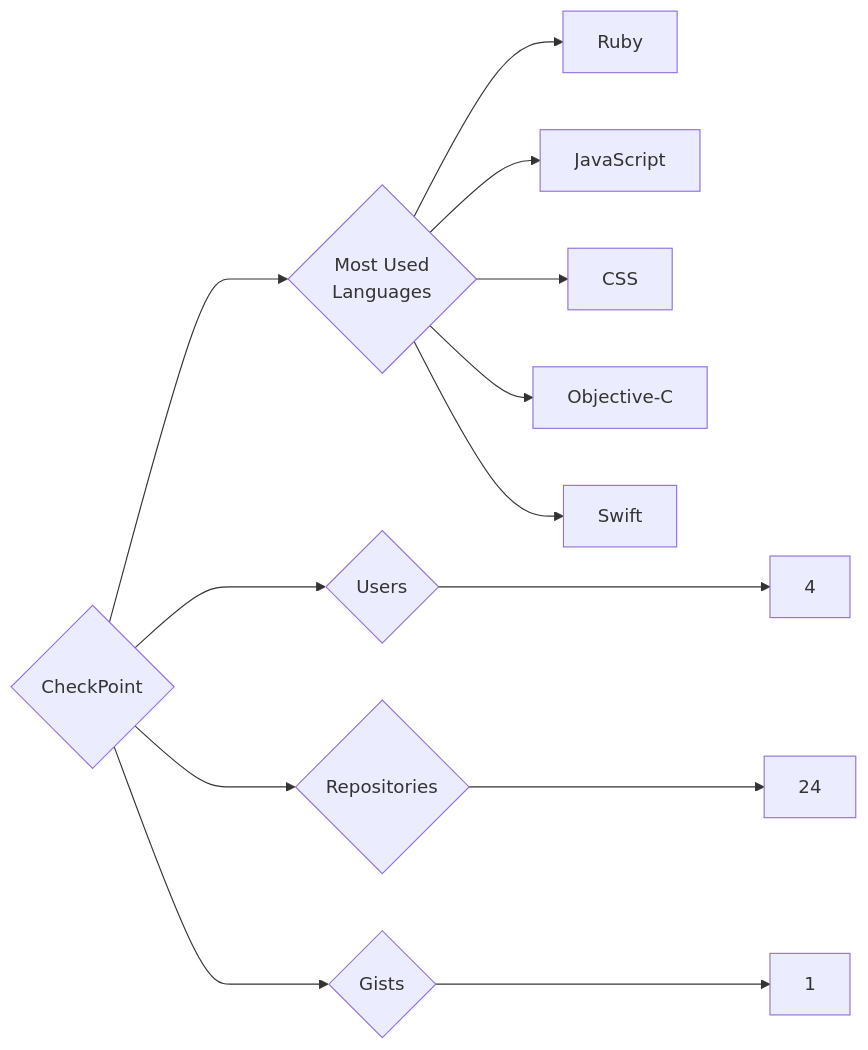
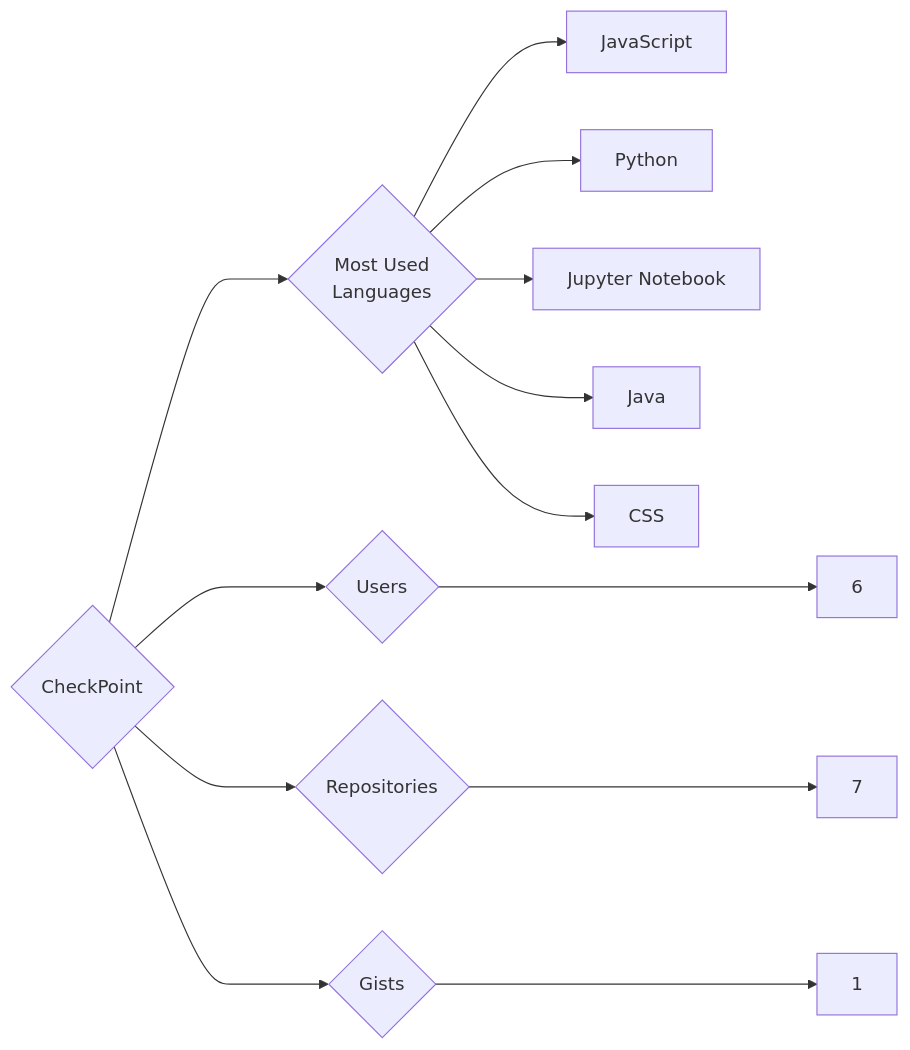
Before and after one commit to trickest/insiders: the diagram in targets/CheckPoint/README.md, drawn with Mermaid. The commit also changed 644 other files, not shown here.

````diff
--- a/targets/CheckPoint/README.md
+++ b/targets/CheckPoint/README.md
@@ -3,13 +3,13 @@
 ```mermaid
 graph LR
 COMPANY_NAME{CheckPoint}
-COMPANY_NAME ---> U{Users} ---> UN[4]
-COMPANY_NAME ---> R{Repositories} ---> RN[24]
+COMPANY_NAME ---> U{Users} ---> UN[6]
+COMPANY_NAME ---> R{Repositories} ---> RN[7]
 COMPANY_NAME ---> G{Gists} ---> GN[1]
 COMPANY_NAME ---> ML{Most Used<br>Languages}
-ML --> Ruby[Ruby]
 ML --> JavaScript[JavaScript]
+ML --> Python[Python]
+ML --> Jupyter_Notebook[Jupyter Notebook]
+ML --> Java[Java]
 ML --> CSS[CSS]
-ML --> Objective-C[Objective-C]
-ML --> Swift[Swift]
 ```
````
